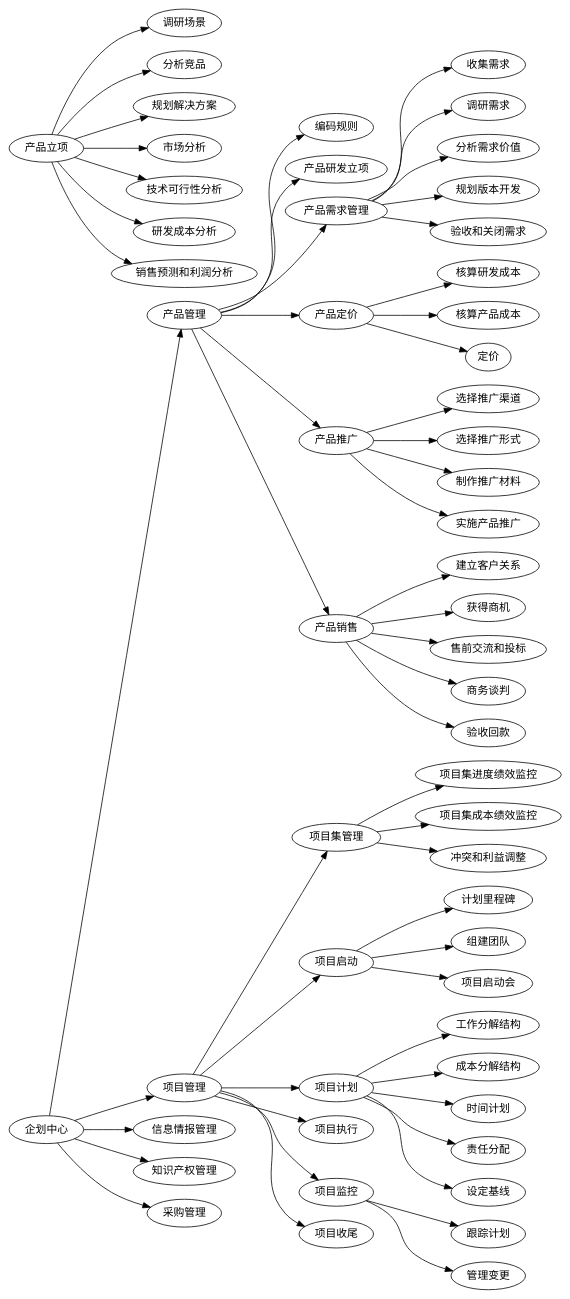
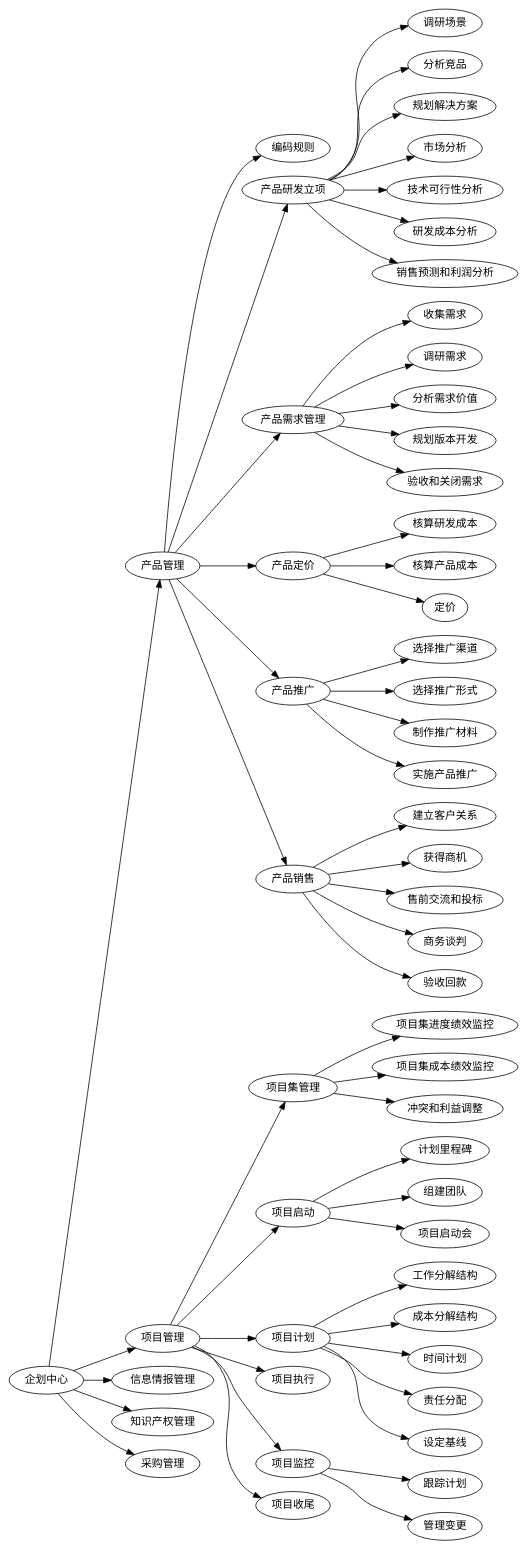
Before and after one commit to cruiurc/cruiurc.github.io: the diagram in source/work/sj/topic/20221029部门工作规划.rst, drawn with Graphviz.

Commit message:
20221029 work

```diff
--- a/source/work/sj/topic/20221029部门工作规划.rst
+++ b/source/work/sj/topic/20221029部门工作规划.rst
@@ -4,17 +4,21 @@
 .. graphviz::
 
     digraph "CPC"{
     rankdir=LR
     企划中心->{产品管理,项目管理,信息情报管理,知识产权管理,采购管理}
+
+
     产品管理->{编码规则,产品研发立项,产品需求管理,产品定价,产品推广,产品销售}
-    项目管理->{项目集管理,项目启动,项目计划,项目执行,项目监控,项目收尾}
-    产品立项->{调研场景,分析竞品,规划解决方案,市场分析,技术可行性分析,研发成本分析,销售预测和利润分析}
+    产品研发立项->{调研场景,分析竞品,规划解决方案,市场分析,技术可行性分析,研发成本分析,销售预测和利润分析}
     产品需求管理->{收集需求,调研需求,分析需求价值,规划版本开发,验收和关闭需求}
     产品定价->{核算研发成本,核算产品成本,定价}
     产品推广->{选择推广渠道,选择推广形式,制作推广材料,实施产品推广}
     产品销售->{建立客户关系,获得商机,售前交流和投标,商务谈判,验收回款}
+
+
+    项目管理->{项目集管理,项目启动,项目计划,项目执行,项目监控,项目收尾}
     项目集管理->{项目集进度绩效监控,项目集成本绩效监控,冲突和利益调整}
     项目启动->{计划里程碑,组建团队,项目启动会}
     项目计划->{工作分解结构,成本分解结构,时间计划,责任分配,设定基线}
     项目监控->{跟踪计划,管理变更}
     }
```
